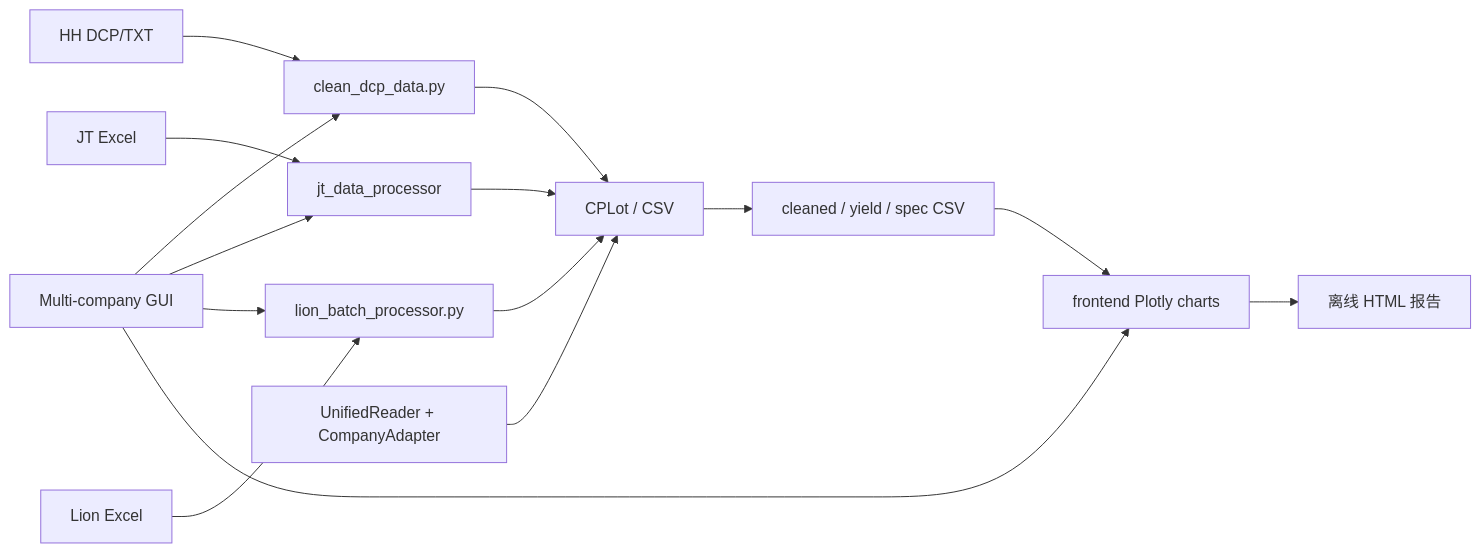
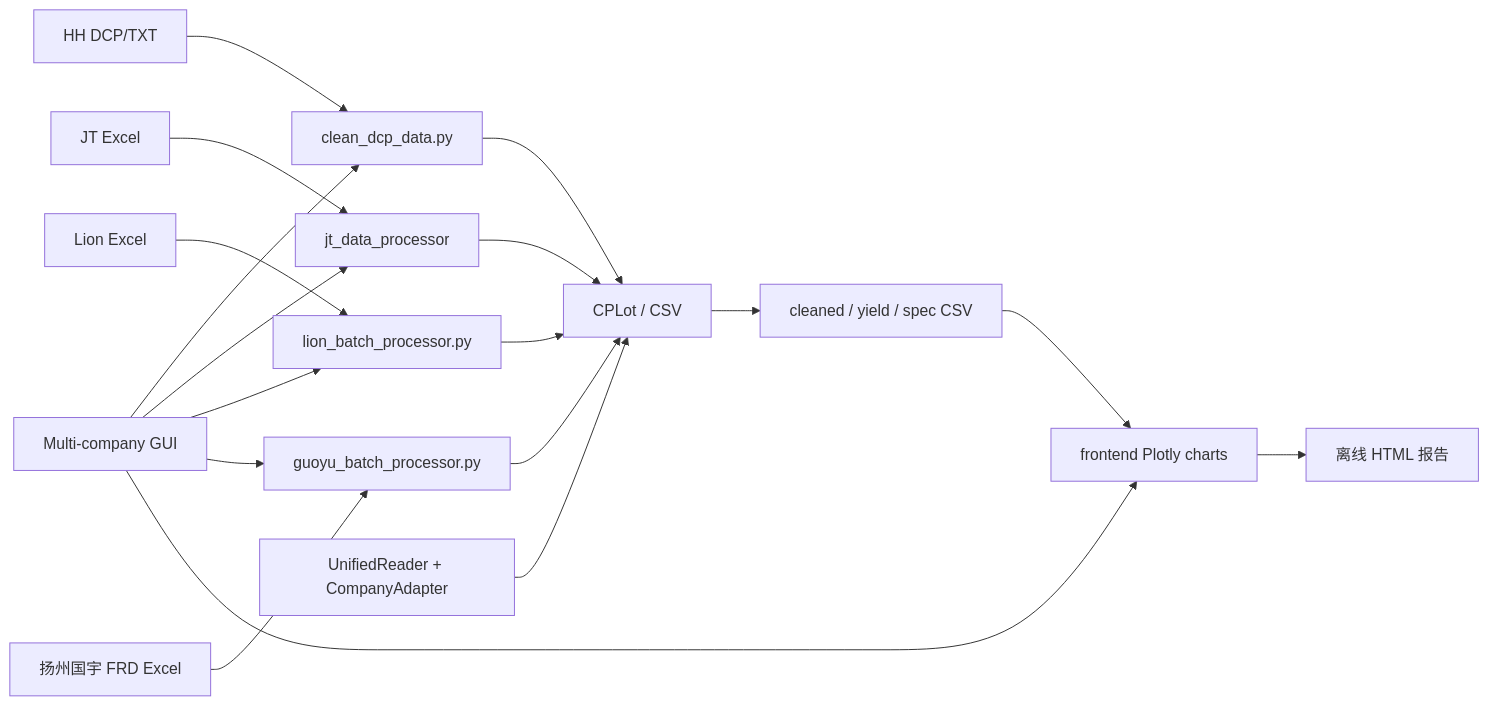
Before and after one commit to Chenchao981/cp_data_ansys: the diagram in docs/architecture.md, drawn with Mermaid. The commit also changed other lines of this file and 24 other files, not shown here.

Commit message:
add Guoyu multi-level EDS batch processing

````diff
--- a/docs/architecture.md
+++ b/docs/architecture.md
@@ -17,17 +17,20 @@
 ```mermaid
 flowchart LR
     A["HH DCP/TXT"] --> H["clean_dcp_data.py"]
     B["JT Excel"] --> J["jt_data_processor"]
     C["Lion Excel"] --> L["lion_batch_processor.py"]
+    D["扬州国宇 FRD Excel"] --> Y["guoyu_batch_processor.py"]
     H --> M["CPLot / CSV"]
     J --> M
     L --> M
+    Y --> M
     U["UnifiedReader + CompanyAdapter"] --> M
     M --> S["cleaned / yield / spec CSV"]
     S --> F["frontend Plotly charts"]
     F --> R["离线 HTML 报告"]
     G["Multi-company GUI"] --> H
     G --> J
     G --> L
+    G --> Y
     G --> F
 ```
````
